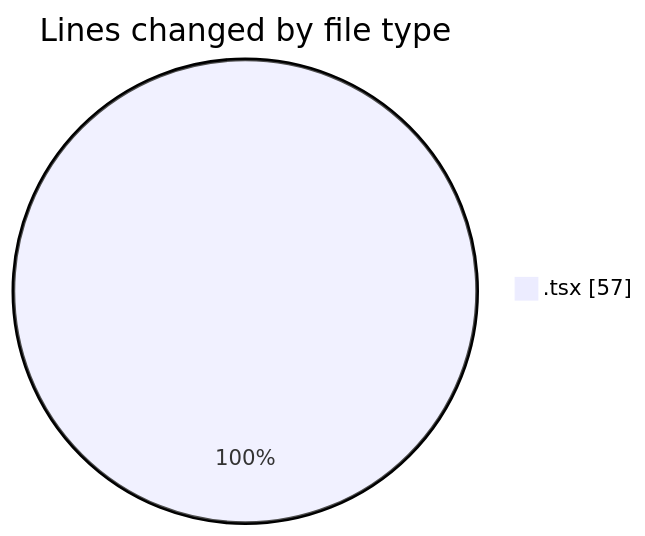
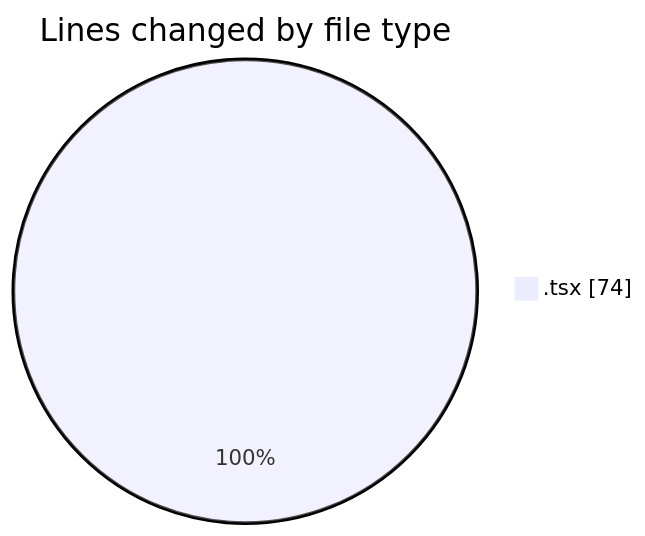
Before and after one commit to momahboobian/code-tracking: the first of 2 diagrams in 2025-11-18/cda/README.md, drawn with Mermaid. The commit also changed other lines of this file and 1 other file, not shown here.

````diff
--- a/2025-11-18/cda/README.md
+++ b/2025-11-18/cda/README.md
@@ -21,5 +21,5 @@
 ```mermaid
 pie showData
 title Lines changed by file type
-".tsx" : 57
+".tsx" : 74
 ```
````
